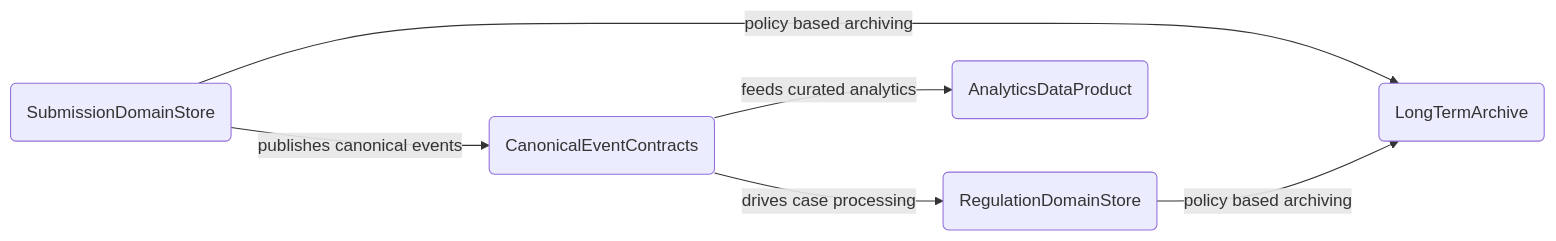
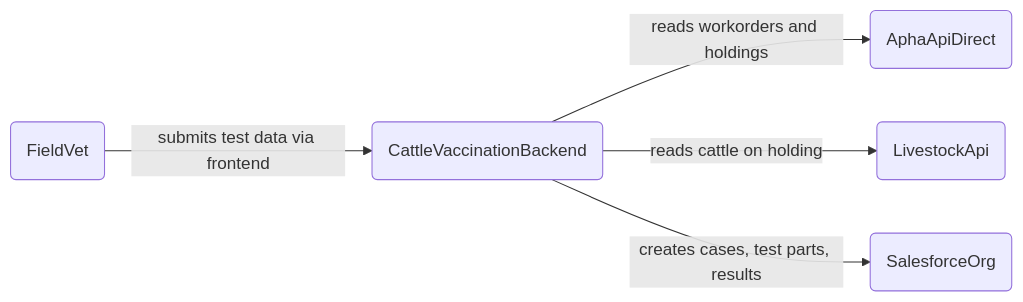
Before and after one commit to DEFRA/cattle-vaccination-documentation: the third of 4 diagrams in technology/data-architecture/evolution-view/README.md, drawn with Mermaid. The commit also changed other lines of this file and 3 other files, not shown here.

````diff
--- a/technology/data-architecture/evolution-view/README.md
+++ b/technology/data-architecture/evolution-view/README.md
@@ -49,14 +49,13 @@
 ```mermaid
 flowchart LR
-  SubmissionDomain(SubmissionDomainStore)
-  RegulationDomain(RegulationDomainStore)
-  CanonicalEvents(CanonicalEventContracts)
-  AnalyticsStore(AnalyticsDataProduct)
-  ArchiveStore(LongTermArchive)
+  Vet(FieldVet)
+  Backend(CattleVaccinationBackend)
+  SalesforceOrg(SalesforceOrg)
+  AphaApiDirect(AphaApiDirect)
+  LivestockApi(LivestockApi)
 
-  SubmissionDomain -->|"publishes canonical events"| CanonicalEvents
-  CanonicalEvents -->|"drives case processing"| RegulationDomain
-  CanonicalEvents -->|"feeds curated analytics"| AnalyticsStore
-  SubmissionDomain -->|"policy based archiving"| ArchiveStore
-  RegulationDomain -->|"policy based archiving"| ArchiveStore
+  Vet -->|"submits test data via frontend"| Backend
+  Backend -->|"reads workorders and holdings"| AphaApiDirect
+  Backend -->|"reads cattle on holding"| LivestockApi
+  Backend -->|"creates cases, test parts, results"| SalesforceOrg
 ```
````
